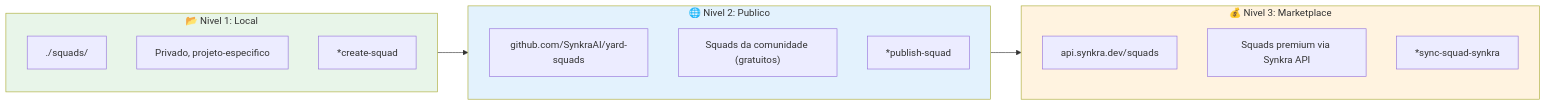
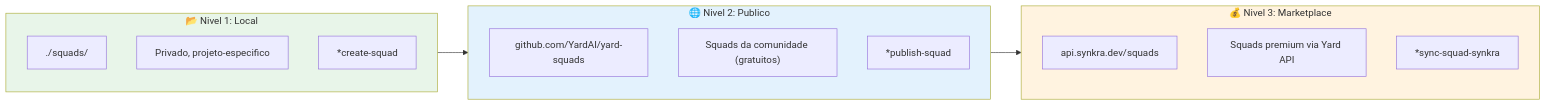
One commit to ernesto-langa/yard-core changed the sixth of 6 diagrams in docs/aiox-agent-flows/squad-creator-system.md. Above: the diagram before and after it, drawn with Mermaid. The commit also changed other lines of this file and 308 other files, not shown here.

````diff
--- a/docs/aiox-agent-flows/squad-creator-system.md
+++ b/docs/aiox-agent-flows/squad-creator-system.md
@@ -558,27 +558,27 @@
 ```mermaid
 flowchart LR
     subgraph LOCAL["📂 Nivel 1: Local"]
         L_PATH["./squads/"]
         L_DESC["Privado, projeto-especifico"]
         L_CMD["*create-squad"]
     end
 
     subgraph PUBLIC["🌐 Nivel 2: Publico"]
-        P_REPO["github.com/SynkraAI/yard-squads"]
+        P_REPO["github.com/YardAI/yard-squads"]
         P_DESC["Squads da comunidade (gratuitos)"]
         P_CMD["*publish-squad"]
     end
 
     subgraph MARKET["💰 Nivel 3: Marketplace"]
         M_API["api.synkra.dev/squads"]
-        M_DESC["Squads premium via Synkra API"]
+        M_DESC["Squads premium via Yard API"]
         M_CMD["*sync-squad-synkra"]
     end
 
     LOCAL --> PUBLIC
     PUBLIC --> MARKET
 
     style LOCAL fill:#e8f5e9
     style PUBLIC fill:#e3f2fd
     style MARKET fill:#fff3e0
 ```
````
